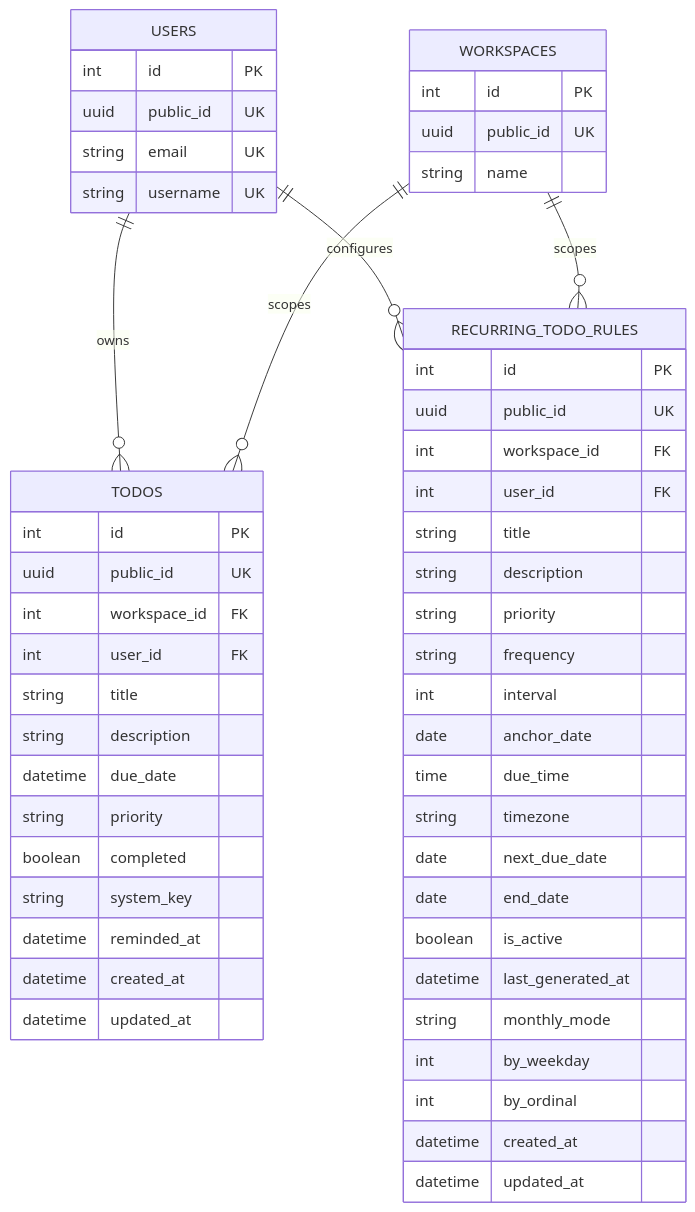
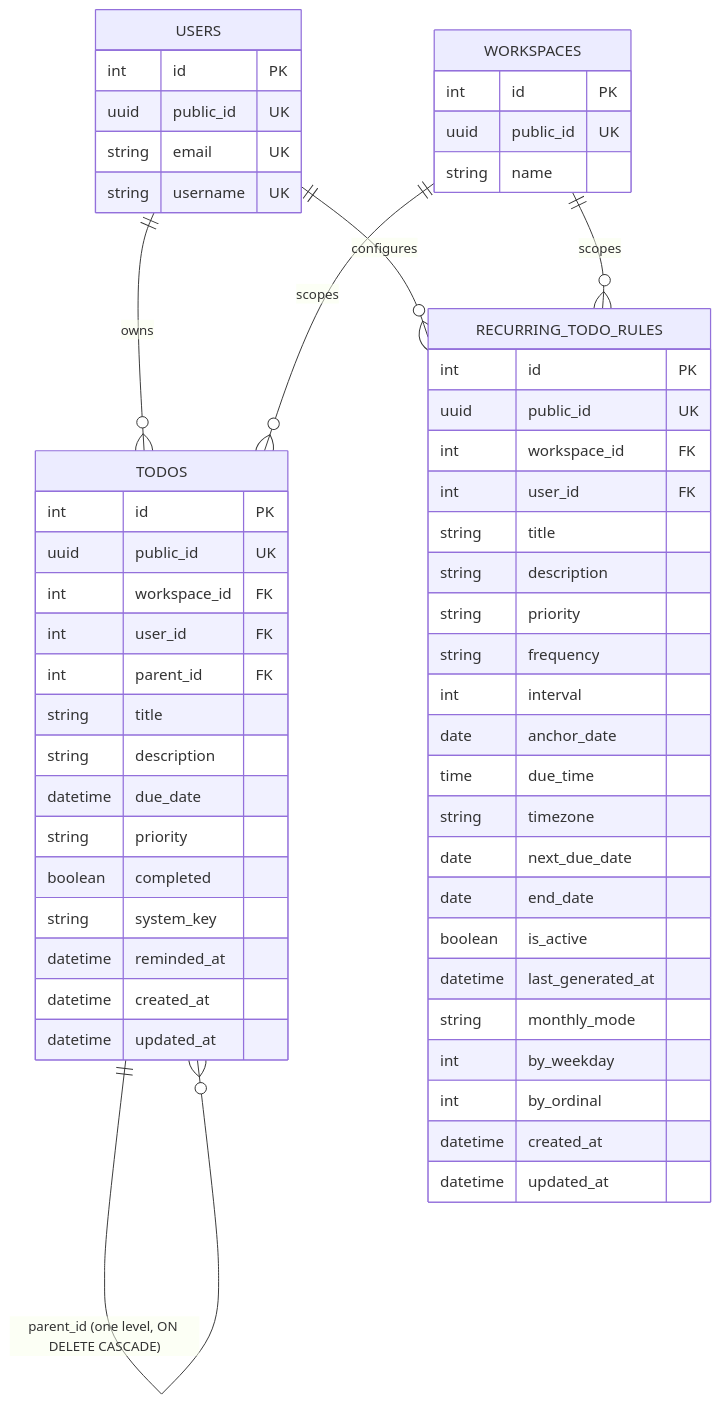
One commit to sajankp/lifestack-api changed the third of 8 diagrams in docs/ERD.md. Above: the diagram before and after it, drawn with Mermaid. The commit also changed 9 other files, not shown here.

````diff
--- a/docs/ERD.md
+++ b/docs/ERD.md
@@ -99,60 +99,62 @@
 ```mermaid
 erDiagram
     USERS {
         int id PK
         uuid public_id UK
         string email UK
         string username UK
     }
 
     WORKSPACES {
         int id PK
         uuid public_id UK
         string name
     }
 
     TODOS {
         int id PK
         uuid public_id UK
         int workspace_id FK
         int user_id FK
+        int parent_id FK
         string title
         string description
         datetime due_date
         string priority
         boolean completed
         string system_key
         datetime reminded_at
         datetime created_at
         datetime updated_at
     }
 
     RECURRING_TODO_RULES {
         int id PK
         uuid public_id UK
         int workspace_id FK
         int user_id FK
         string title
         string description
         string priority
         string frequency
         int interval
         date anchor_date
         time due_time
         string timezone
         date next_due_date
         date end_date
         boolean is_active
         datetime last_generated_at
         string monthly_mode
         int by_weekday
         int by_ordinal
         datetime created_at
         datetime updated_at
     }
 
     USERS ||--o{ TODOS : owns
     WORKSPACES ||--o{ TODOS : scopes
+    TODOS ||--o{ TODOS : "parent_id (one level, ON DELETE CASCADE)"
     USERS ||--o{ RECURRING_TODO_RULES : configures
     WORKSPACES ||--o{ RECURRING_TODO_RULES : scopes
 ```
````
